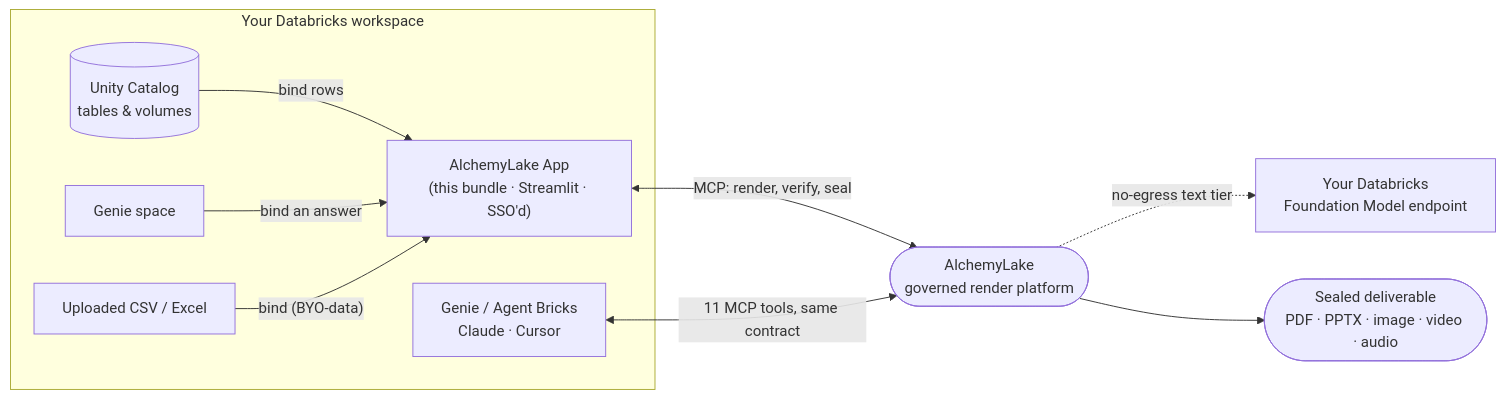
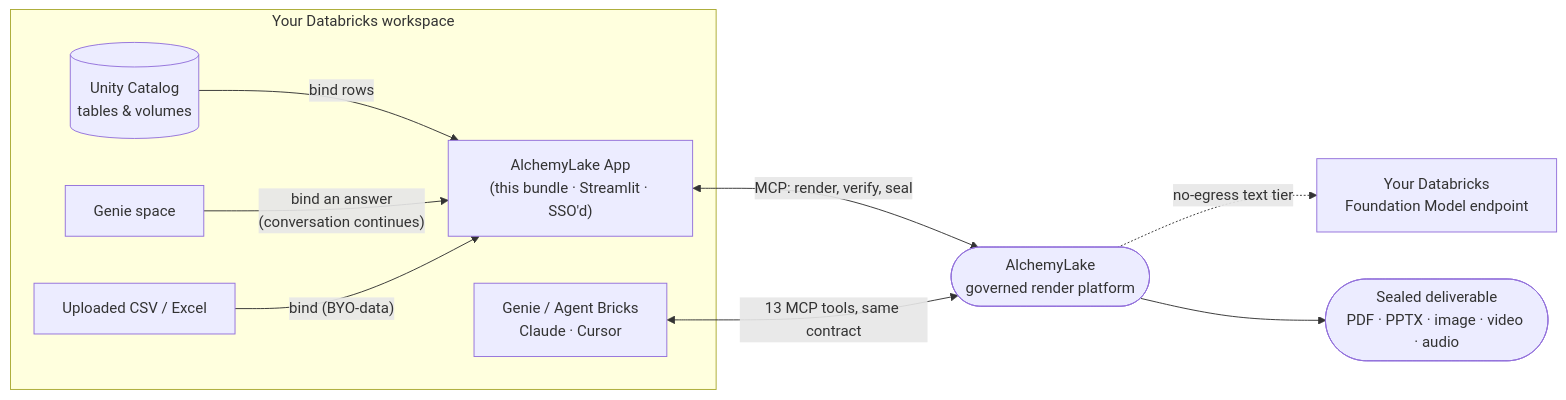
The first of 2 diagrams in README.md (zorost/alchemylake-databricks), drawn with Mermaid before and after one commit. The commit also changed other lines of this file and 1 other file, not shown here.

First line of the commit message:
feat: deep research tab, continuing Genie conversations, BYO-data uploads, CLI docs

````diff
--- a/README.md
+++ b/README.md
@@ -119,21 +133,21 @@
 ```mermaid
 flowchart LR
     subgraph WS["Your Databricks workspace"]
         UC[("Unity Catalog<br/>tables & volumes")]
         Genie["Genie space"]
         CSV["Uploaded CSV / Excel"]
         App["AlchemyLake App<br/>(this bundle · Streamlit · SSO'd)"]
         Agents["Genie / Agent Bricks<br/>Claude · Cursor"]
     end
 
     AL(["AlchemyLake<br/>governed render platform"])
 
     UC -- "bind rows" --> App
-    Genie -- "bind an answer" --> App
+    Genie -- "bind an answer<br/>(conversation continues)" --> App
     CSV -- "bind (BYO-data)" --> App
     App <-- "MCP: render, verify, seal" --> AL
-    Agents <-- "11 MCP tools, same contract" --> AL
+    Agents <-- "13 MCP tools, same contract" --> AL
     AL -. "no-egress text tier" .-> FM["Your Databricks<br/>Foundation Model endpoint"]
 
     AL --> Out(["Sealed deliverable<br/>PDF · PPTX · image · video · audio"])
 ```
````
